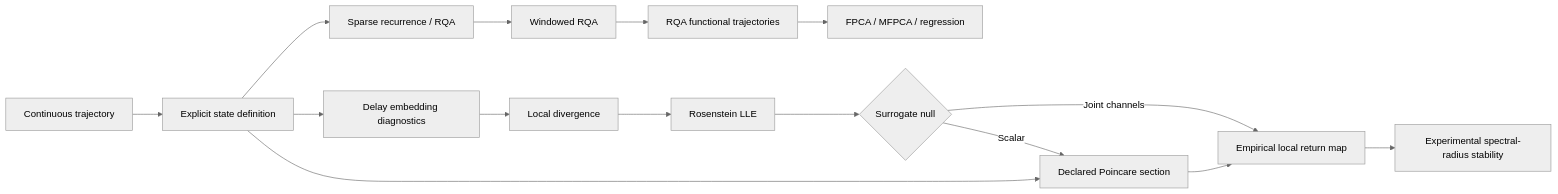
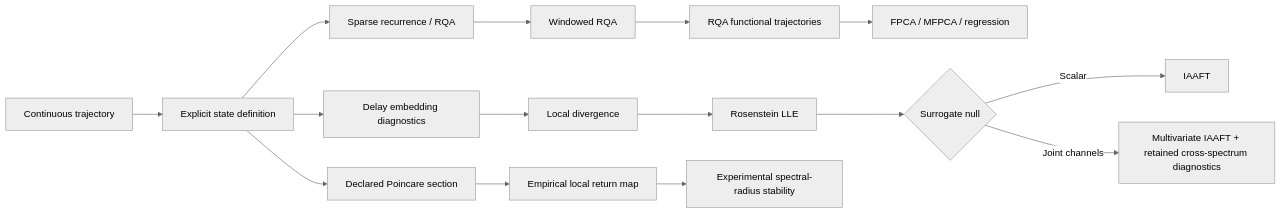
Before and after one commit to stefanosbalaskas/eyetrajectoriespy: the ninth of 10 diagrams in WORKFLOW_ATLAS.md, drawn with Mermaid (neutral theme). The commit also changed other lines of this file, not shown here.

Commit message:
Mirror Mermaid 11 fixes in repository atlas

````diff
--- a/WORKFLOW_ATLAS.md
+++ b/WORKFLOW_ATLAS.md
@@ -201,17 +201,17 @@
 ```mermaid
 flowchart LR
     A[Continuous trajectory] --> B[Explicit state definition]
     B --> C[Delay embedding diagnostics]
     B --> D[Sparse recurrence / RQA]
     D --> K[Windowed RQA]
     K --> L[RQA functional trajectories]
     L --> M[FPCA / MFPCA / regression]
     C --> E[Local divergence]
     E --> F[Rosenstein LLE]
     F --> G{Surrogate null}
-    G -->|Scalar| H[IAAFT]
-    G -->|Joint channels| I[Multivariate IAAFT + retained cross-spectrum diagnostics]
-    B --> H[Declared Poincare section]
-    H --> I[Empirical local return map]
-    I --> J[Experimental spectral-radius stability]
+    G -->|Scalar| H1[IAAFT]
+    G -->|Joint channels| I1[Multivariate IAAFT + retained cross-spectrum diagnostics]
+    B --> H2[Declared Poincare section]
+    H2 --> I2[Empirical local return map]
+    I2 --> J[Experimental spectral-radius stability]
 ```
````
